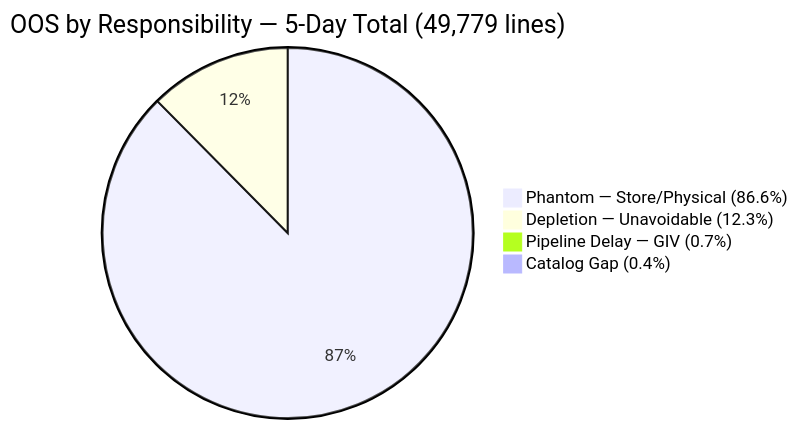
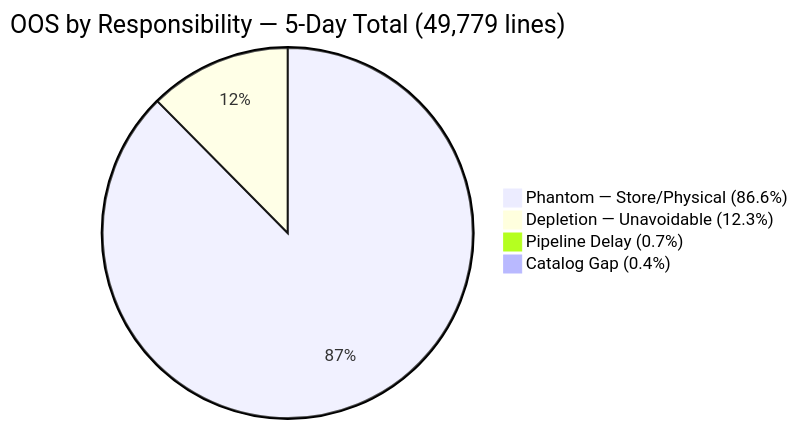
Diagram 15 of 17 in cencosud/level-2-oos-analysis/oos-classification-master.md (mmdylanology/engineering_docs_public), drawn with Mermaid before and after one commit. The commit also changed other lines of this file and 1 other file, not shown here.

First line of the commit message:
Add executive summary with phantom diagnosis, remove GIV references

````diff
--- a/cencosud/level-2-oos-analysis/oos-classification-master.md
+++ b/cencosud/level-2-oos-analysis/oos-classification-master.md
@@ -402,7 +471,7 @@
 ```mermaid
 pie title OOS by Responsibility — 5-Day Total (49,779 lines)
     "Phantom — Store/Physical (86.6%)" : 43121
     "Depletion — Unavoidable (12.3%)" : 6106
-    "Pipeline Delay — GIV (0.7%)" : 339
+    "Pipeline Delay (0.7%)" : 339
     "Catalog Gap (0.4%)" : 213
 ```
````
